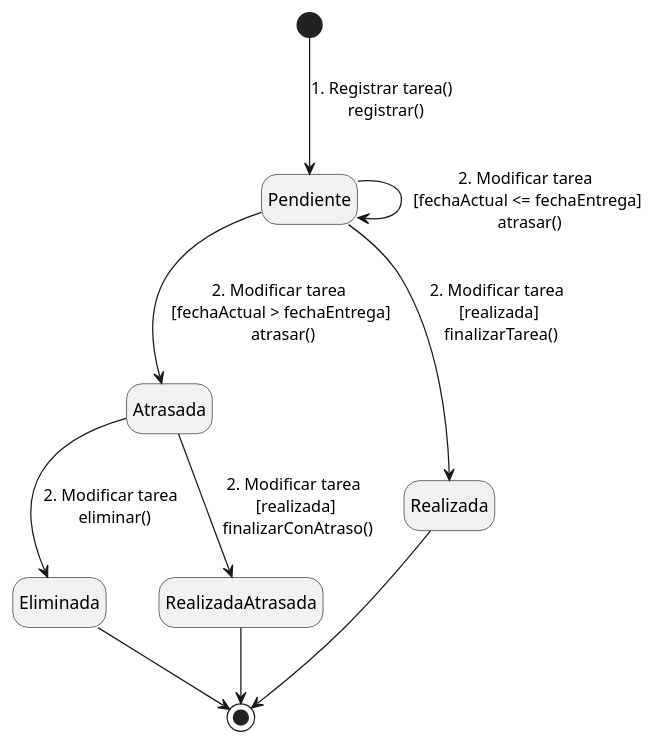
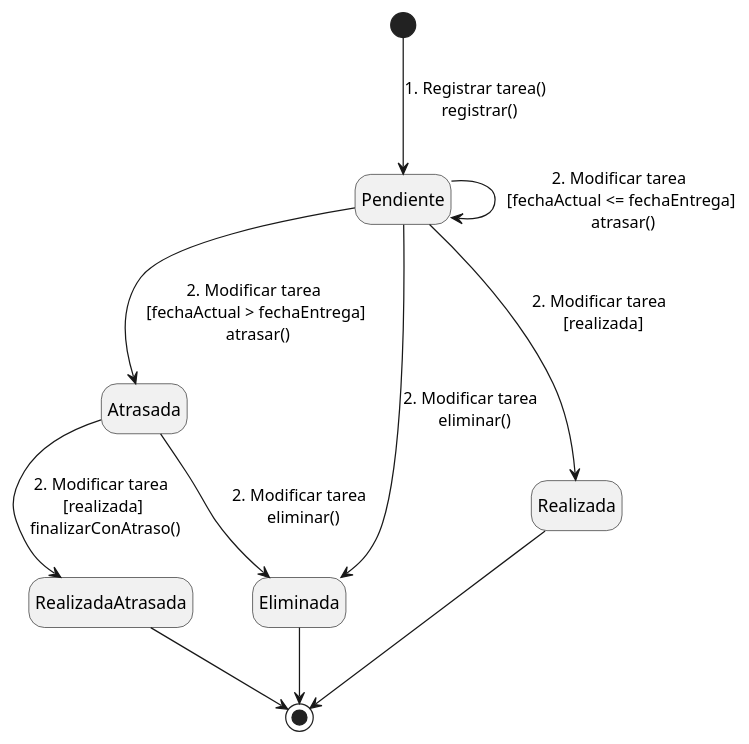
Before and after one commit to AlexMassietti/Task_Flow: the diagram in Modelado/DiagramasME.plantuml, drawn with PlantUML. The commit also changed 1 other file, not shown here.

Commit message:
Update state machine diagram for task management
Added transition from 'Pendiente' to 'Eliminada' for task deletion and removed 'finalizarTarea()' from the transition to 'Realizada'. Updated the corresponding PNG diagram to reflect these changes.

```diff
--- a/Modelado/DiagramasME.plantuml
+++ b/Modelado/DiagramasME.plantuml
@@ -1,12 +1,13 @@
 @startuml MáquinaDeEstadosTarea
 hide empty description
 [*] --> Pendiente : 1. Registrar tarea() \n registrar()
 Pendiente --> Pendiente : 2. Modificar tarea \n [fechaActual <= fechaEntrega] \n atrasar()
 Pendiente --> Atrasada : 2. Modificar tarea \n [fechaActual > fechaEntrega] \n atrasar()
-Pendiente --> Realizada : 2. Modificar tarea \n [realizada] \n finalizarTarea()
+Pendiente --> Realizada : 2. Modificar tarea \n [realizada]
+Pendiente --> Eliminada : 2. Modificar tarea \n eliminar()
 Atrasada --> Eliminada : 2. Modificar tarea \n eliminar()
 Atrasada --> RealizadaAtrasada : 2. Modificar tarea \n [realizada] \n finalizarConAtraso()
 Eliminada --> [*]
 Realizada --> [*]
 RealizadaAtrasada --> [*]
 @enduml
```
